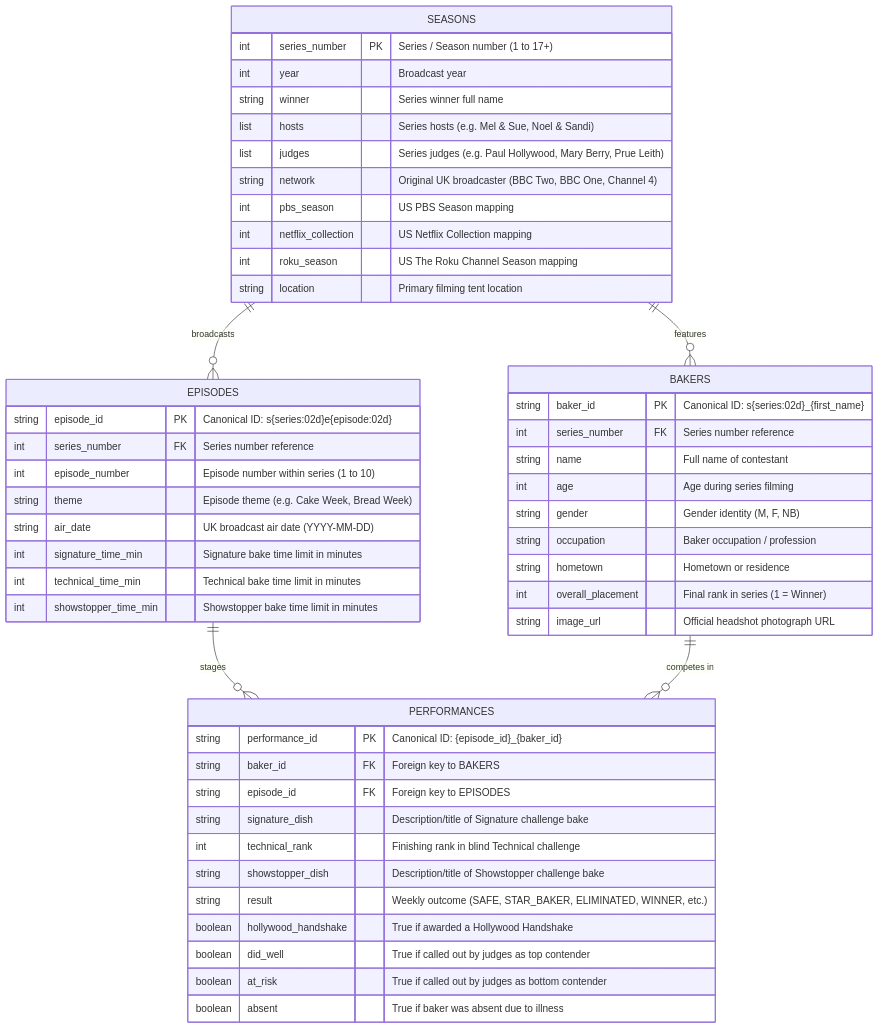
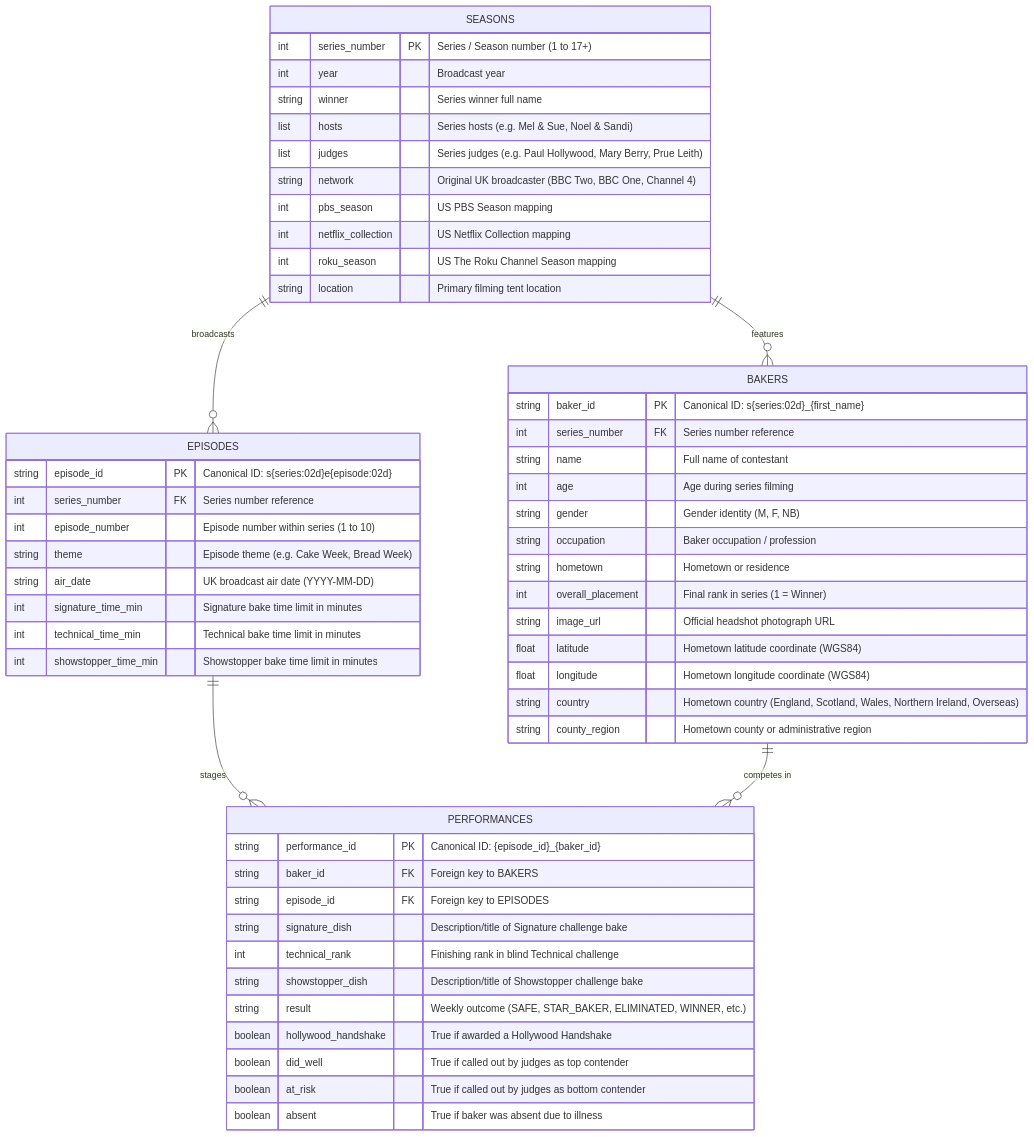
The diagram in docs/data_dictionary.md (nicholaswilde/the-great-british-bake-off), drawn with Mermaid before and after one commit. The commit also changed other lines of this file and 24 other files, not shown here.

````diff
--- a/docs/data_dictionary.md
+++ b/docs/data_dictionary.md
@@ -11,57 +11,62 @@
 ```mermaid
 erDiagram
     SEASONS ||--o{ EPISODES : "broadcasts"
     SEASONS ||--o{ BAKERS : "features"
     EPISODES ||--o{ PERFORMANCES : "stages"
     BAKERS ||--o{ PERFORMANCES : "competes in"
 
     SEASONS {
         int series_number PK "Series / Season number (1 to 17+)"
         int year "Broadcast year"
         string winner "Series winner full name"
         list hosts "Series hosts (e.g. Mel & Sue, Noel & Sandi)"
         list judges "Series judges (e.g. Paul Hollywood, Mary Berry, Prue Leith)"
         string network "Original UK broadcaster (BBC Two, BBC One, Channel 4)"
         int pbs_season "US PBS Season mapping"
         int netflix_collection "US Netflix Collection mapping"
         int roku_season "US The Roku Channel Season mapping"
         string location "Primary filming tent location"
     }
 
     BAKERS {
         string baker_id PK "Canonical ID: s{series:02d}_{first_name}"
         int series_number FK "Series number reference"
         string name "Full name of contestant"
         int age "Age during series filming"
         string gender "Gender identity (M, F, NB)"
         string occupation "Baker occupation / profession"
         string hometown "Hometown or residence"
         int overall_placement "Final rank in series (1 = Winner)"
         string image_url "Official headshot photograph URL"
+        float latitude "Hometown latitude coordinate (WGS84)"
+        float longitude "Hometown longitude coordinate (WGS84)"
+        string country "Hometown country (England, Scotland, Wales, Northern Ireland, Overseas)"
+        string county_region "Hometown county or administrative region"
     }
+
 
     EPISODES {
         string episode_id PK "Canonical ID: s{series:02d}e{episode:02d}"
         int series_number FK "Series number reference"
         int episode_number "Episode number within series (1 to 10)"
         string theme "Episode theme (e.g. Cake Week, Bread Week)"
         string air_date "UK broadcast air date (YYYY-MM-DD)"
         int signature_time_min "Signature bake time limit in minutes"
         int technical_time_min "Technical bake time limit in minutes"
         int showstopper_time_min "Showstopper bake time limit in minutes"
     }
 
     PERFORMANCES {
         string performance_id PK "Canonical ID: {episode_id}_{baker_id}"
         string baker_id FK "Foreign key to BAKERS"
         string episode_id FK "Foreign key to EPISODES"
         string signature_dish "Description/title of Signature challenge bake"
         int technical_rank "Finishing rank in blind Technical challenge"
         string showstopper_dish "Description/title of Showstopper challenge bake"
         string result "Weekly outcome (SAFE, STAR_BAKER, ELIMINATED, WINNER, etc.)"
         boolean hollywood_handshake "True if awarded a Hollywood Handshake"
         boolean did_well "True if called out by judges as top contender"
         boolean at_risk "True if called out by judges as bottom contender"
         boolean absent "True if baker was absent due to illness"
     }
 ```
````
